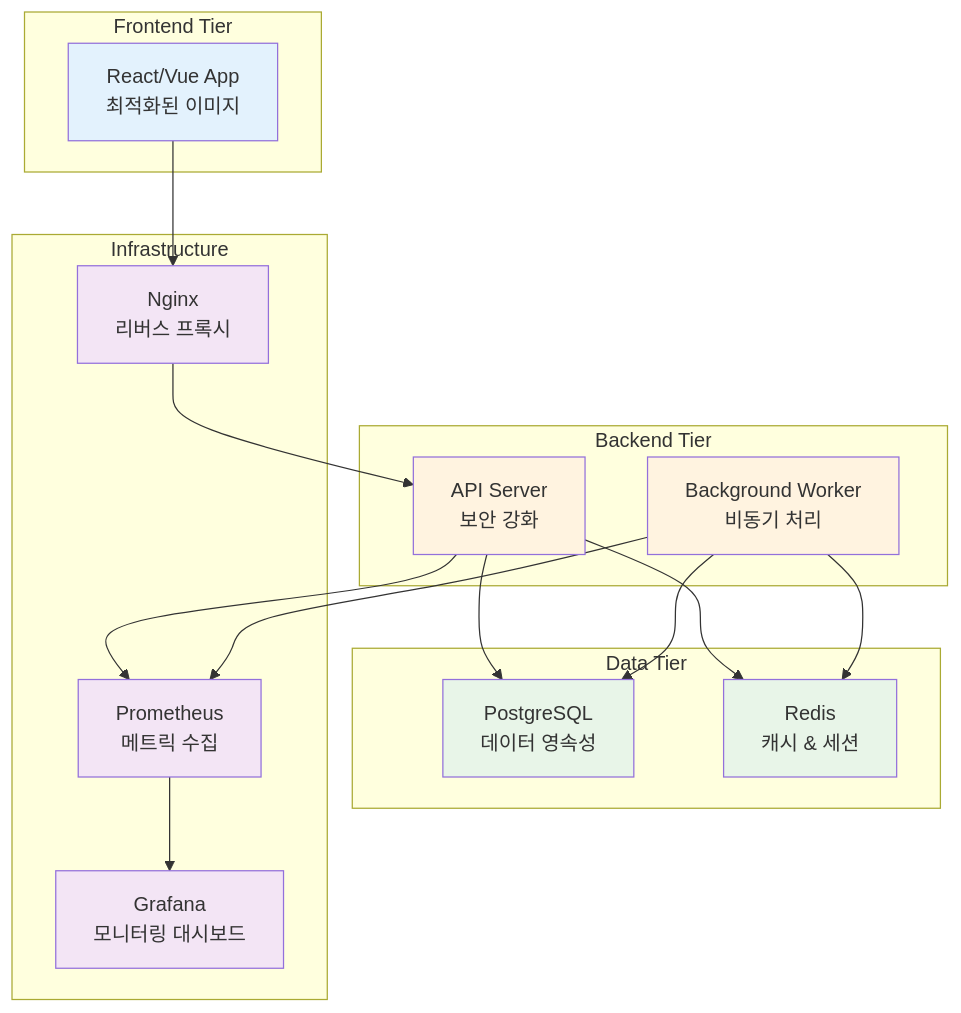
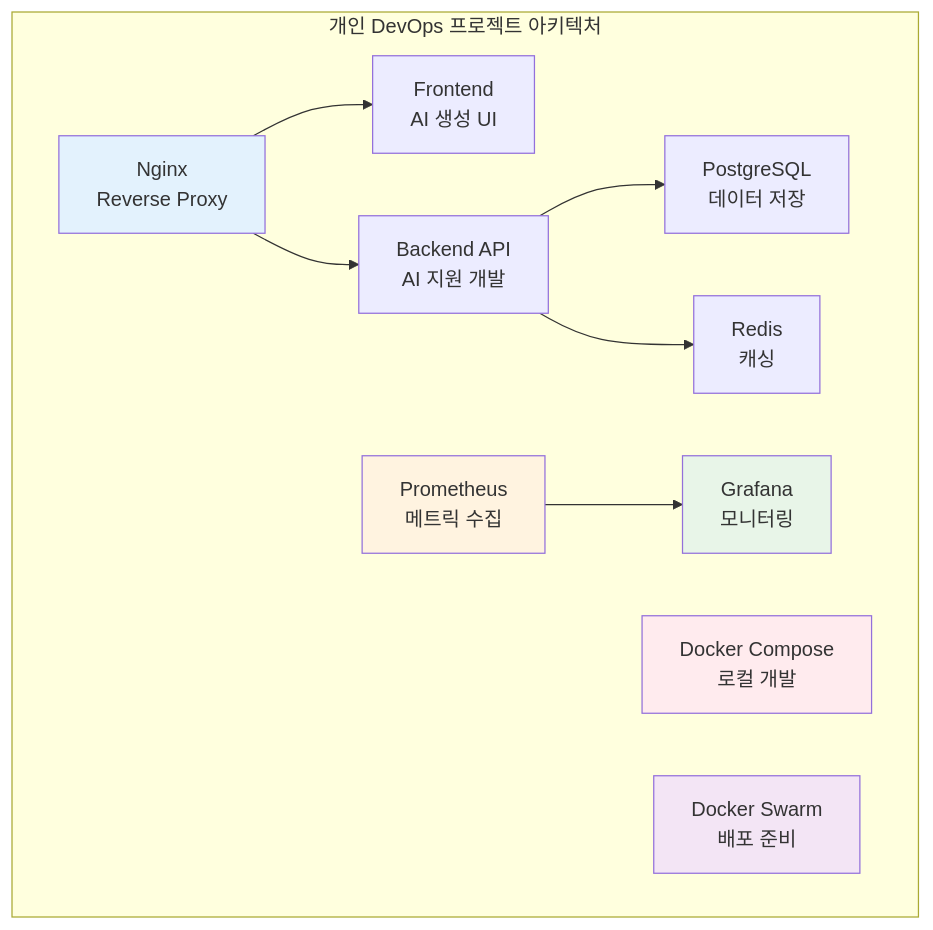
Before and after one commit to niceguy61/kdt_devops_lecture_2025: the diagram in theory/week_02/day4/session_4.md, drawn with Mermaid. The commit also changed other lines of this file and 7 other files, not shown here.

````diff
--- a/theory/week_02/day4/session_4.md
+++ b/theory/week_02/day4/session_4.md
@@ -26,42 +75,19 @@
 ```mermaid
 graph TB
-    subgraph "Frontend Tier"
-        A[React/Vue App<br/>최적화된 이미지]
+    subgraph "개인 DevOps 프로젝트 아키텍처"
+        A[Nginx<br/>Reverse Proxy] --> B[Frontend<br/>AI 생성 UI]
+        A --> C[Backend API<br/>AI 지원 개발]
+        C --> D[PostgreSQL<br/>데이터 저장]
+        C --> E[Redis<br/>캐싱]
+        
+        F[Prometheus<br/>메트릭 수집] --> G[Grafana<br/>모니터링]
+        H[Docker Compose<br/>로컬 개발]
+        I[Docker Swarm<br/>배포 준비]
     end
     
-    subgraph "Backend Tier"
-        B[API Server<br/>보안 강화]
-        C[Background Worker<br/>비동기 처리]
-    end
-    
-    subgraph "Data Tier"
-        D[PostgreSQL<br/>데이터 영속성]
-        E[Redis<br/>캐시 & 세션]
-    end
-    
-    subgraph "Infrastructure"
-        F[Nginx<br/>리버스 프록시]
-        G[Prometheus<br/>메트릭 수집]
-        H[Grafana<br/>모니터링 대시보드]
-    end
-    
-    A --> F
-    F --> B
-    B --> D
-    B --> E
-    C --> D
-    C --> E
-    
-    B --> G
-    C --> G
-    G --> H
-    
     style A fill:#e3f2fd
-    style B fill:#fff3e0
-    style C fill:#fff3e0
-    style D fill:#e8f5e8
-    style E fill:#e8f5e8
-    style F fill:#f3e5f5
-    style G fill:#f3e5f5
-    style H fill:#f3e5f5
+    style F fill:#fff3e0
+    style G fill:#e8f5e8
+    style H fill:#ffebee
+    style I fill:#f3e5f5
 ```
````
